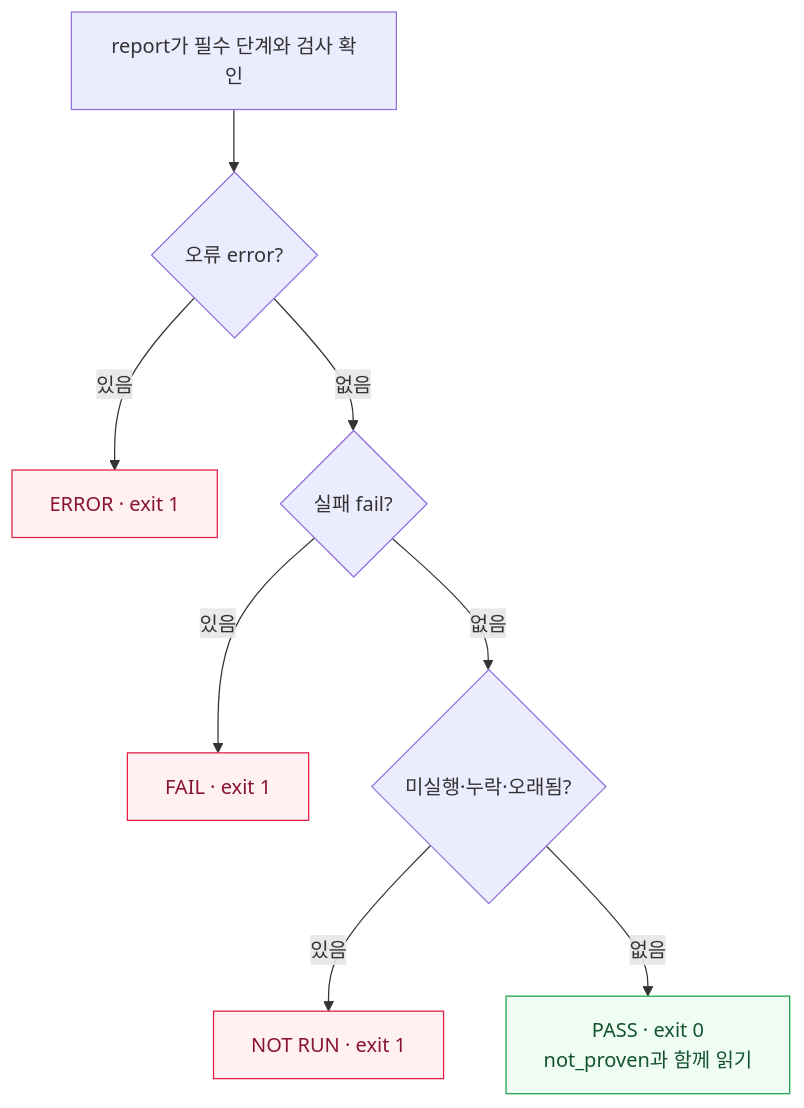
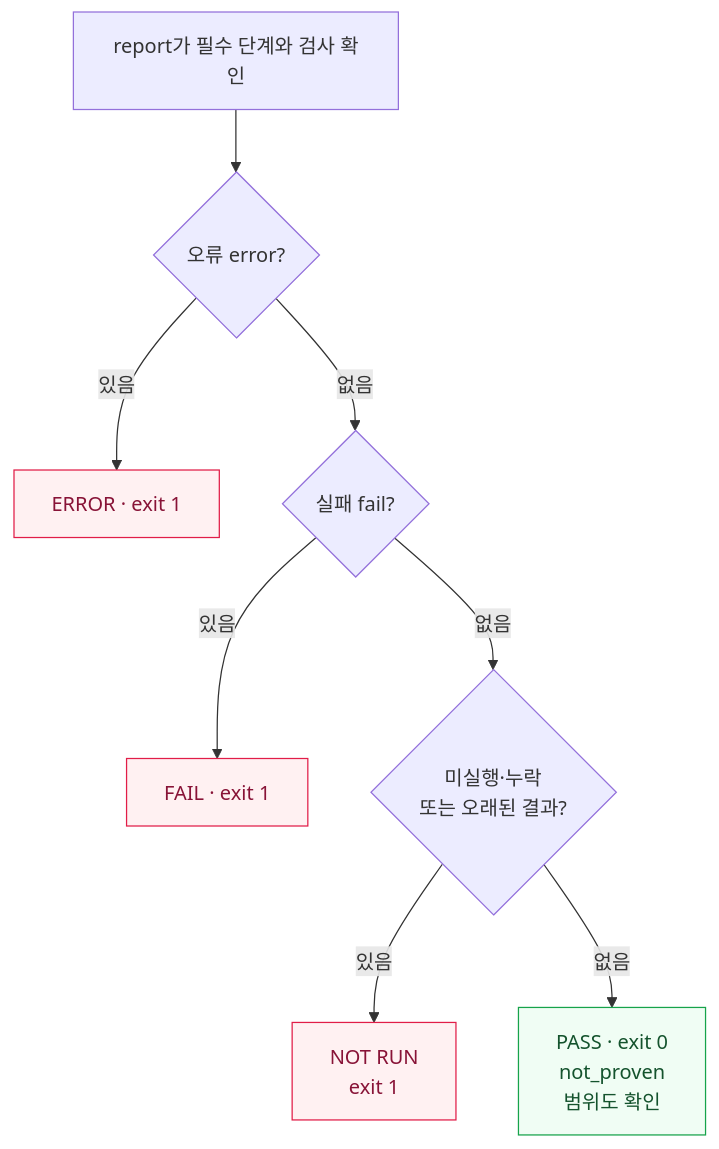
Before and after one commit to Technoetic/semantic-crosscheck: the third of 3 diagrams in README.md, drawn with Mermaid. The commit also changed other lines of this file and 1 other file, not shown here.

Commit message:
docs: shorten diagram labels and polish Korean grammar

````diff
--- a/README.md
+++ b/README.md
@@ -427,14 +427,14 @@
 ```mermaid
 flowchart TD
     A["report가 필수 단계와 검사 확인"] --> B{"오류 error?"}
     B -->|"있음"| E["ERROR · exit 1"]
     B -->|"없음"| C{"실패 fail?"}
     C -->|"있음"| F["FAIL · exit 1"]
-    C -->|"없음"| D{"미실행·누락·오래됨?"}
-    D -->|"있음"| N["NOT RUN · exit 1"]
-    D -->|"없음"| P["PASS · exit 0<br/>not_proven과 함께 읽기"]
+    C -->|"없음"| D{"미실행·누락<br/>또는 오래된 결과?"}
+    D -->|"있음"| N["NOT RUN<br/>exit 1"]
+    D -->|"없음"| P["PASS · exit 0<br/>not_proven<br/>범위도 확인"]
     classDef blocked fill:#fff1f2,stroke:#e11d48,color:#881337
     classDef passed fill:#f0fdf4,stroke:#16a34a,color:#14532d
     class E,F,N blocked
     class P passed
 ```
````
